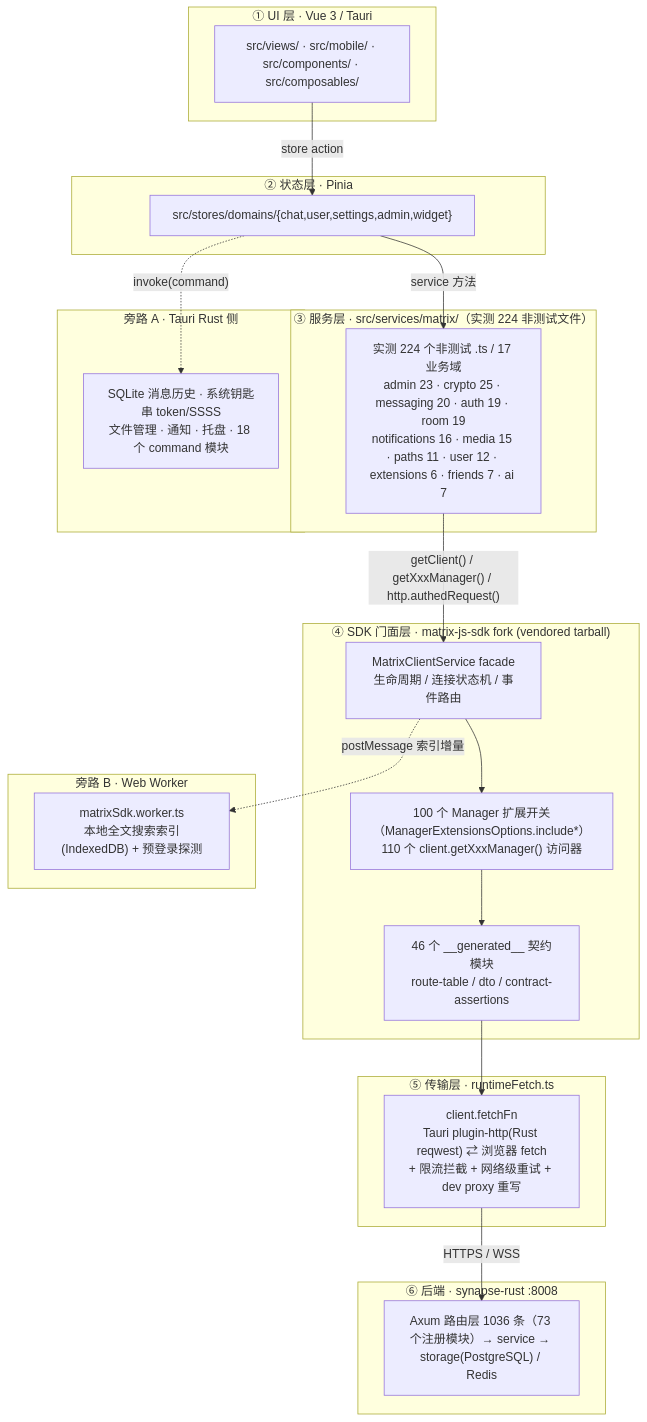
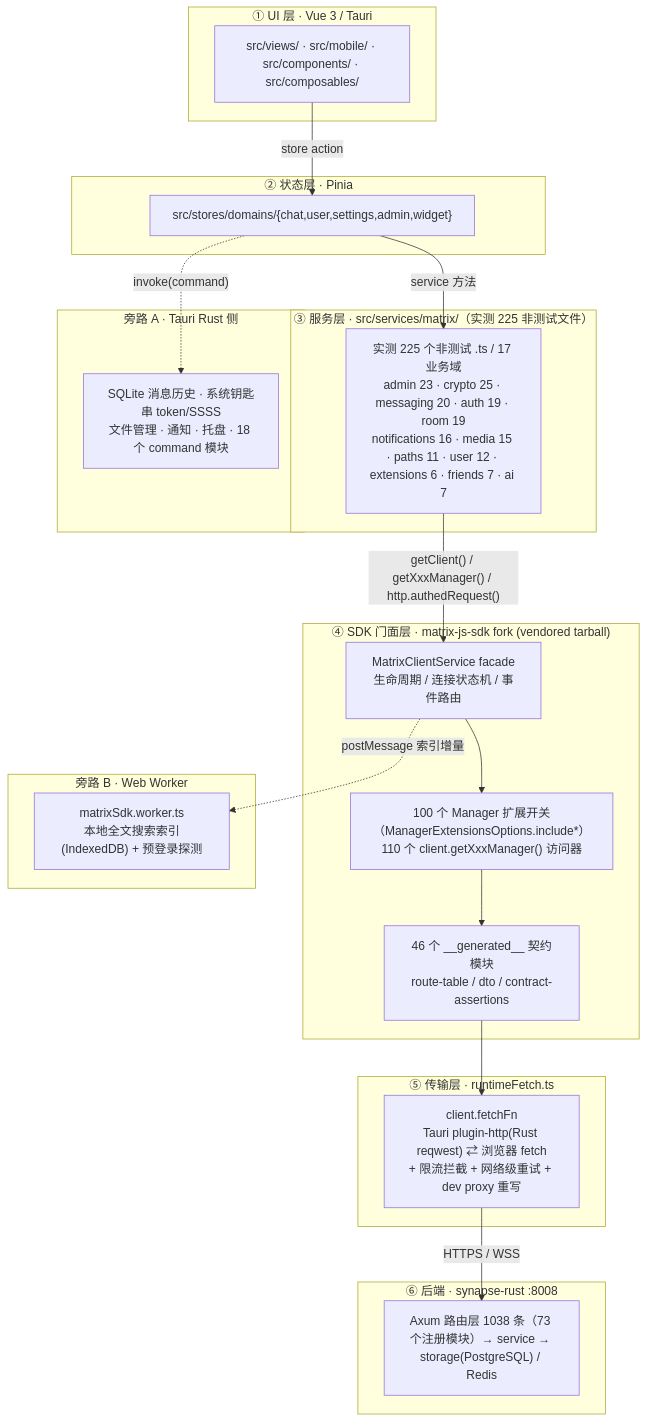
Before and after one commit to langkebo/hula: the first of 4 diagrams in docs/Tjg-SDK-集成架构与能力图谱-2026-10-08.md, drawn with Mermaid. The commit also changed other lines of this file and 27 other files, not shown here.

````diff
--- a/docs/Tjg-SDK-集成架构与能力图谱-2026-10-08.md
+++ b/docs/Tjg-SDK-集成架构与能力图谱-2026-10-08.md
@@ -32,47 +32,47 @@
 ```mermaid
 flowchart TB
     subgraph L1["① UI 层 · Vue 3 / Tauri"]
         UI["src/views/ · src/mobile/ · src/components/ · src/composables/"]
     end
 
     subgraph L2["② 状态层 · Pinia"]
         ST["src/stores/domains/{chat,user,settings,admin,widget}"]
     end
 
-    subgraph L3["③ 服务层 · src/services/matrix/（实测 224 非测试文件）"]
-        SV["实测 224 个非测试 .ts / 17 业务域<br/>admin 23 · crypto 25 · messaging 20 · auth 19 · room 19<br/>notifications 16 · media 15 · paths 11 · user 12 · extensions 6 · friends 7 · ai 7"]
+    subgraph L3["③ 服务层 · src/services/matrix/（实测 225 非测试文件）"]
+        SV["实测 225 个非测试 .ts / 17 业务域<br/>admin 23 · crypto 25 · messaging 20 · auth 19 · room 19<br/>notifications 16 · media 15 · paths 11 · user 12 · extensions 6 · friends 7 · ai 7"]
     end
 
     subgraph L4["④ SDK 门面层 · matrix-js-sdk fork (vendored tarball)"]
         SDK1["MatrixClientService facade<br/>生命周期 / 连接状态机 / 事件路由"]
         SDK2["100 个 Manager 扩展开关（ManagerExtensionsOptions.include*）<br/>110 个 client.getXxxManager() 访问器"]
         SDK3["46 个 __generated__ 契约模块<br/>route-table / dto / contract-assertions"]
     end
 
     subgraph L5["⑤ 传输层 · runtimeFetch.ts"]
         NET["client.fetchFn<br/>Tauri plugin-http(Rust reqwest) ⇄ 浏览器 fetch<br/>+ 限流拦截 + 网络级重试 + dev proxy 重写"]
     end
 
     subgraph L6["⑥ 后端 · synapse-rust :8008"]
-        BE["Axum 路由层 1036 条（73 个注册模块）→ service → storage(PostgreSQL) / Redis"]
+        BE["Axum 路由层 1038 条（73 个注册模块）→ service → storage(PostgreSQL) / Redis"]
     end
 
     UI -->|"store action"| ST
     ST -->|"service 方法"| SV
     SV -->|"getClient() / getXxxManager() / http.authedRequest()"| SDK1
     SDK1 --> SDK2
     SDK2 --> SDK3
     SDK3 --> NET
     NET -->|"HTTPS / WSS"| BE
 
     subgraph SIDE1["旁路 A · Tauri Rust 侧"]
         TAURI["SQLite 消息历史 · 系统钥匙串 token/SSSS<br/>文件管理 · 通知 · 托盘 · 18 个 command 模块"]
     end
 
     subgraph SIDE2["旁路 B · Web Worker"]
         WK["matrixSdk.worker.ts<br/>本地全文搜索索引(IndexedDB) + 预登录探测"]
     end
 
     ST -.->|"invoke(command)"| TAURI
     SDK1 -.->|"postMessage 索引增量"| WK
 ```
````
